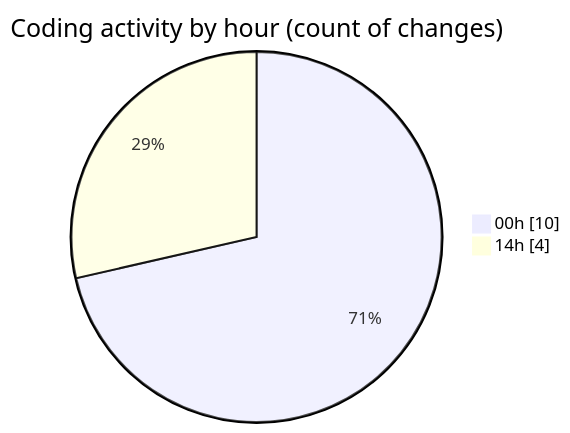
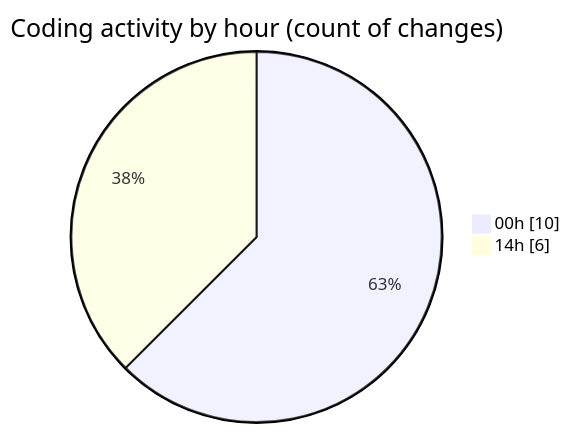
Before and after one commit to Netris89/code-tracking: the second of 2 diagrams in 2025-04-07/echo/README.md, drawn with Mermaid. The commit also changed other lines of this file and 1 other file, not shown here.

````diff
--- a/2025-04-07/echo/README.md
+++ b/2025-04-07/echo/README.md
@@ -33,6 +33,6 @@
 ```mermaid
 pie showData
 title Coding activity by hour (count of changes)
 "00h" : 10
-"14h" : 4
+"14h" : 6
 ```
````
